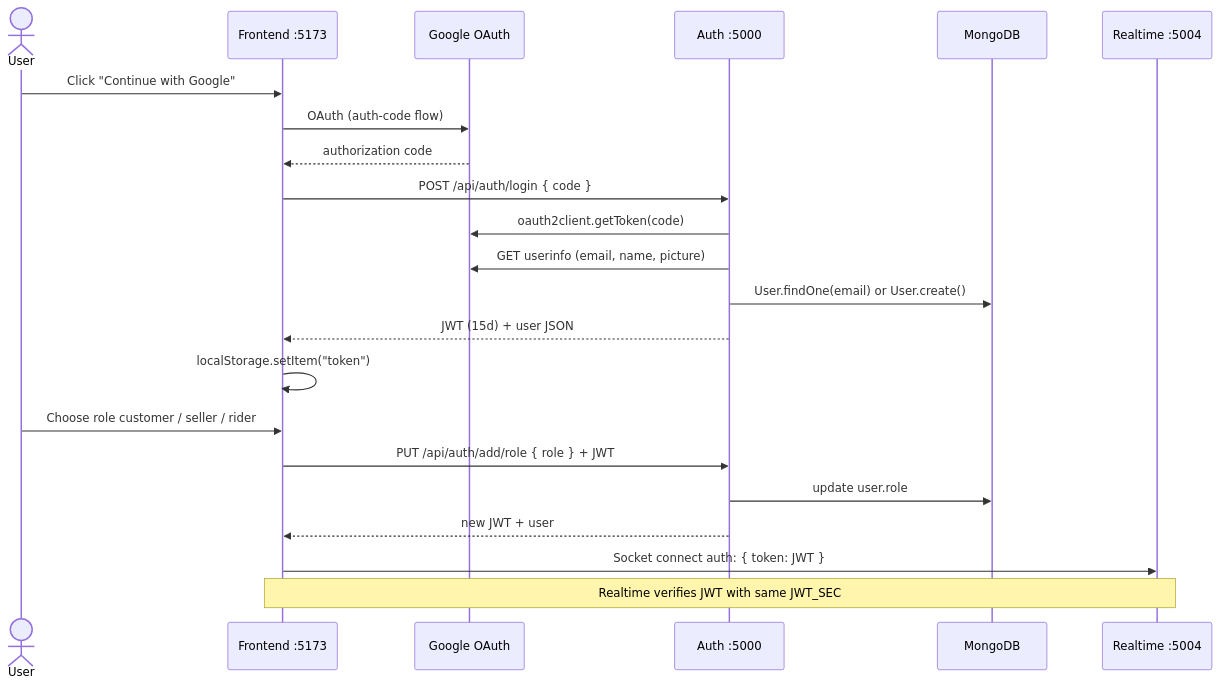
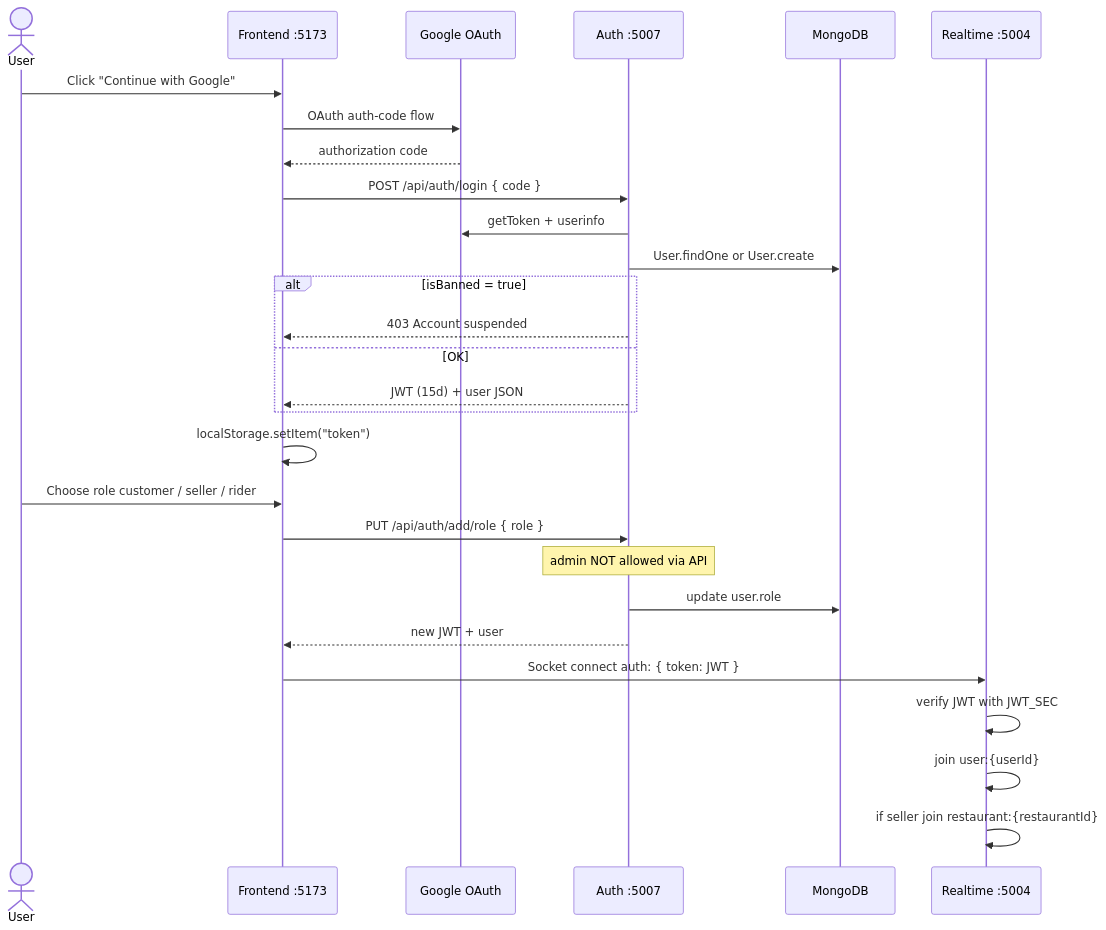
Before and after one commit to subhm2004/ByteBites: the third of 18 diagrams in ARCHITECTURE.md, drawn with Mermaid. The commit also changed other lines of this file and 1 other file, not shown here.

````diff
--- a/ARCHITECTURE.md
+++ b/ARCHITECTURE.md
@@ -96,27 +117,33 @@
 ```mermaid
 sequenceDiagram
     actor U as User
     participant FE as Frontend :5173
     participant G as Google OAuth
-    participant A as Auth :5000
+    participant A as Auth :5007
     participant DB as MongoDB
     participant RT as Realtime :5004
 
     U->>FE: Click "Continue with Google"
-    FE->>G: OAuth (auth-code flow)
+    FE->>G: OAuth auth-code flow
     G-->>FE: authorization code
     FE->>A: POST /api/auth/login { code }
-    A->>G: oauth2client.getToken(code)
-    A->>G: GET userinfo (email, name, picture)
-    A->>DB: User.findOne(email) or User.create()
-    A-->>FE: JWT (15d) + user JSON
+    A->>G: getToken + userinfo
+    A->>DB: User.findOne or User.create
+    alt isBanned = true
+        A-->>FE: 403 Account suspended
+    else OK
+        A-->>FE: JWT (15d) + user JSON
+    end
     FE->>FE: localStorage.setItem("token")
 
     U->>FE: Choose role customer / seller / rider
-    FE->>A: PUT /api/auth/add/role { role } + JWT
+    FE->>A: PUT /api/auth/add/role { role }
+    Note over A: admin NOT allowed via API
     A->>DB: update user.role
     A-->>FE: new JWT + user
 
     FE->>RT: Socket connect auth: { token: JWT }
-    Note over FE,RT: Realtime verifies JWT with same JWT_SEC
+    RT->>RT: verify JWT with JWT_SEC
+    RT->>RT: join user:{userId}
+    RT->>RT: if seller join restaurant:{restaurantId}
 ```
````
